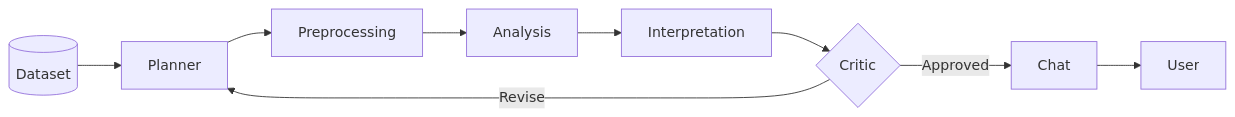
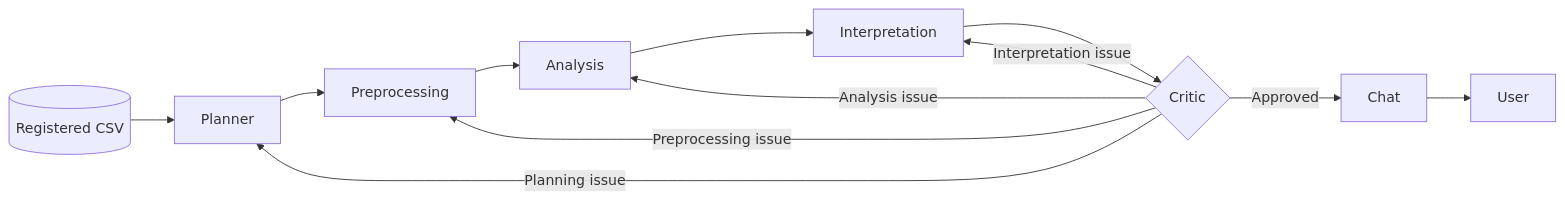
Before and after one commit to CogitoNTNU/autonomous-data-analysis: the diagram in docs/index.md, drawn with Mermaid. The commit also changed other lines of this file and 7 other files, not shown here.

````diff
--- a/docs/index.md
+++ b/docs/index.md
@@ -13,7 +17,10 @@
 ```mermaid
 flowchart LR
-    D[(Dataset)] --> P[Planner] --> R[Preprocessing] --> A[Analysis]
+    D[(Registered CSV)] --> P[Planner] --> R[Preprocessing] --> A[Analysis]
     A --> I[Interpretation] --> C{Critic}
     C -->|Approved| H[Chat] --> U[User]
-    C -->|Revise| P
+    C -->|Planning issue| P
+    C -->|Preprocessing issue| R
+    C -->|Analysis issue| A
+    C -->|Interpretation issue| I
 ```
````
